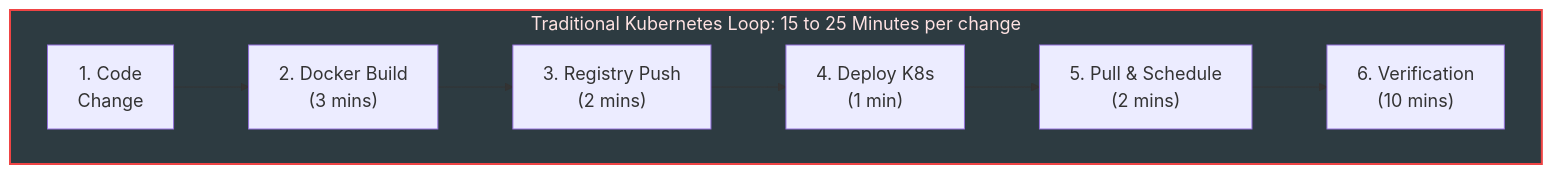
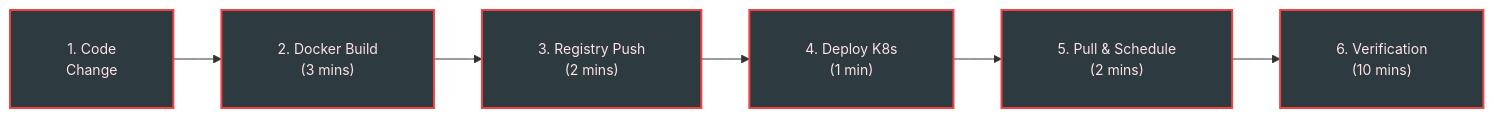
Before and after one commit to gefyrahq/gefyra: the first of 2 diagrams in gefyra-docs/content/en/index.md, drawn with Mermaid. The commit also changed other lines of this file and 11 other files, not shown here.

Commit message:
docs(#MARKETING-1226): enhance Mermaid diagrams and typography for improved clarity and consistency across documentation

````diff
--- a/gefyra-docs/content/en/index.md
+++ b/gefyra-docs/content/en/index.md
@@ -156,10 +159,7 @@
 ```mermaid
-%%{init: {'themeVariables': { 'fontSize': '18px' }}}%%
+%%{init: {'flowchart': {'padding': 28, 'nodeSpacing': 36, 'rankSpacing': 48, 'diagramPadding': 20}, 'themeVariables': { 'fontSize': '14px' }}}%%
 flowchart LR
-    subgraph Traditional["Traditional Kubernetes Loop: 15 to 25 Minutes per change"]
-        direction LR
-        T1["1. Code<br/>Change"] --> T2["2. Docker Build<br/>(3 mins)"] --> T3["3. Registry Push<br/>(2 mins)"] --> T4["4. Deploy K8s<br/>(1 min)"] --> T5["5. Pull & Schedule<br/>(2 mins)"] --> T6["6. Verification<br/>(10 mins)"]
-    end
+    T1["1. Code<br/>Change"] --> T2["2. Docker Build<br/>(3 mins)"] --> T3["3. Registry Push<br/>(2 mins)"] --> T4["4. Deploy K8s<br/>(1 min)"] --> T5["5. Pull & Schedule<br/>(2 mins)"] --> T6["6. Verification<br/>(10 mins)"]
     classDef trad fill:#2d3b41,stroke:#ef4444,stroke-width:2px,color:#fee2e2;
-    class Traditional trad;
+    class T1,T2,T3,T4,T5,T6 trad;
 ```
````
